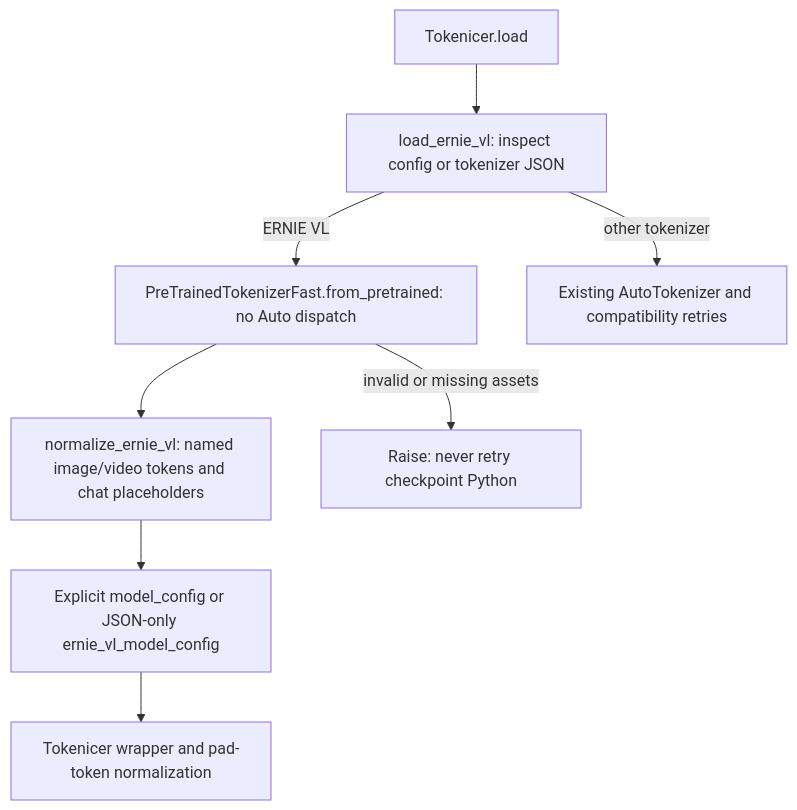
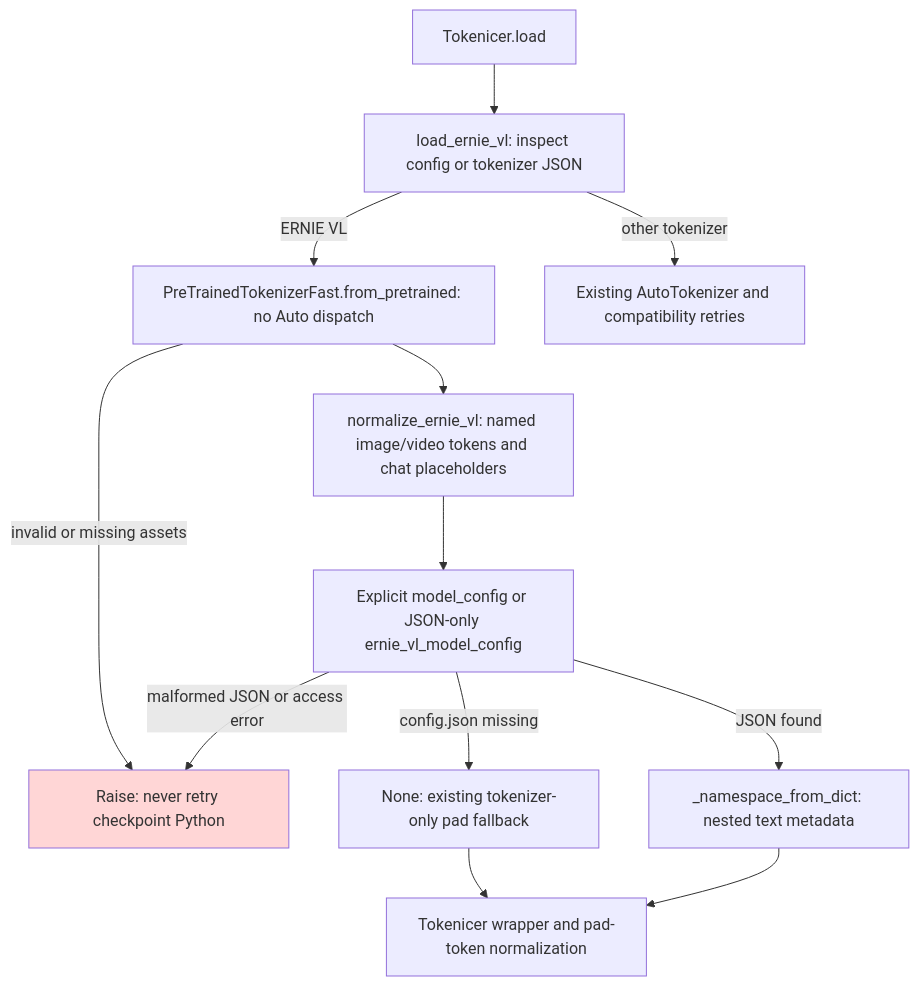
One commit to ModelCloud/Tokenicer changed the diagram in docs/ernie-vl-tokenizer-loading.md. Above: the diagram before and after it, drawn with Mermaid. The commit also changed other lines of this file and 2 other files, not shown here.

Commit message:
Handle nested and absent ERNIE model metadata without Auto dispatch

````diff
--- a/docs/ernie-vl-tokenizer-loading.md
+++ b/docs/ernie-vl-tokenizer-loading.md
@@ -7,10 +7,16 @@
 ```mermaid
 flowchart TD
   A[Tokenicer.load] --> B[load_ernie_vl: inspect config or tokenizer JSON]
   B -->|ERNIE VL| C[PreTrainedTokenizerFast.from_pretrained: no Auto dispatch]
   B -->|other tokenizer| D[Existing AutoTokenizer and compatibility retries]
   C --> E[normalize_ernie_vl: named image/video tokens and chat placeholders]
   C -->|invalid or missing assets| F[Raise: never retry checkpoint Python]
   E --> G[Explicit model_config or JSON-only ernie_vl_model_config]
-  G --> H[Tokenicer wrapper and pad-token normalization]
+  G -->|config.json missing| I[None: existing tokenizer-only pad fallback]
+  G -->|JSON found| J[_namespace_from_dict: nested text metadata]
+  G -->|malformed JSON or access error| F
+  I --> H
+  J --> H
+  H[Tokenicer wrapper and pad-token normalization]
+  style F fill:#ffd6d6
 ```
````
